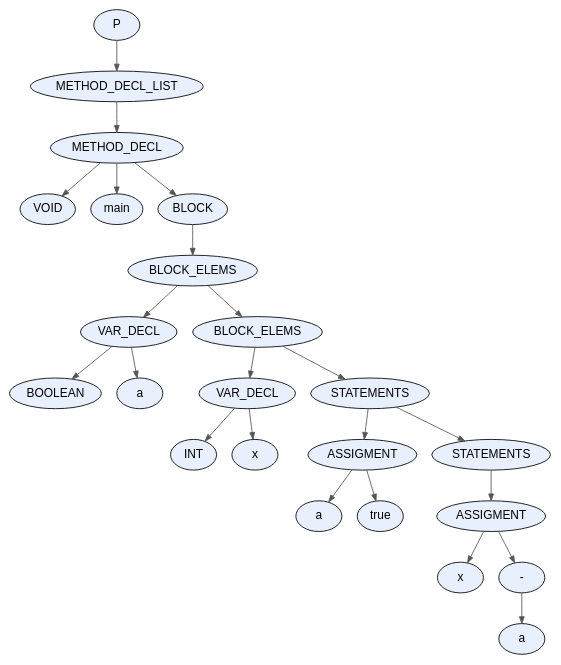
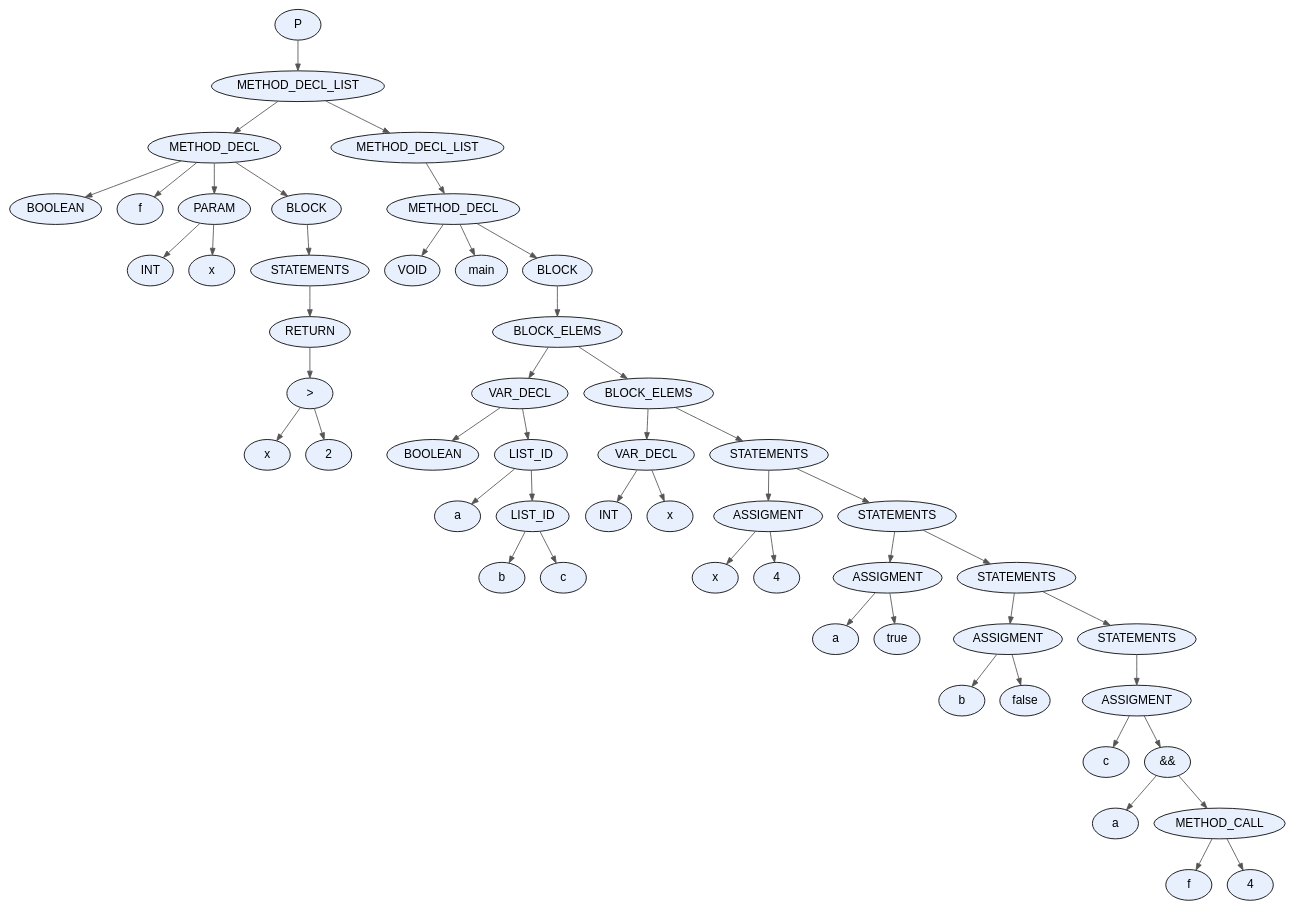
Before and after one commit to facundo-dario-loser/TDS2026: the diagram in proyecto/dot_files/test37.dot, drawn with Graphviz. The commit also changed 12 other files, not shown here.

```diff
--- a/proyecto/dot_files/test37.dot
+++ b/proyecto/dot_files/test37.dot
@@ -1,49 +1,105 @@
 digraph AST {
   node [fontname="Arial"];
   edge [arrowsize=0.8, color="#555555"];
-  "node_0x5d618c174180" [label="P", style=filled, fillcolor="#E8F0FE", shape=ellipse, style="rounded,filled"];
-  "node_0x5d618c174180" -> "node_0x5d618c174130";
-  "node_0x5d618c174130" [label="METHOD_DECL_LIST", style=filled, fillcolor="#E8F0FE", shape=ellipse, style="rounded,filled"];
-  "node_0x5d618c174130" -> "node_0x5d618c1740e0";
-  "node_0x5d618c1740e0" [label="METHOD_DECL", style=filled, fillcolor="#E8F0FE", shape=ellipse, style="rounded,filled"];
-  "node_0x5d618c1740e0" -> "node_0x5d618c174020";
-  "node_0x5d618c174020" [label="VOID", style=filled, fillcolor="#E8F0FE", shape=ellipse, style="rounded,filled"];
-  "node_0x5d618c1740e0" -> "node_0x5d618c174070";
-  "node_0x5d618c174070" [label="main", style=filled, fillcolor="#E8F0FE", shape=ellipse, style="rounded,filled"];
-  "node_0x5d618c1740e0" -> "node_0x5d618c173fd0";
-  "node_0x5d618c173fd0" [label="BLOCK", style=filled, fillcolor="#E8F0FE", shape=ellipse, style="rounded,filled"];
-  "node_0x5d618c173fd0" -> "node_0x5d618c173f80";
-  "node_0x5d618c173f80" [label="BLOCK_ELEMS", style=filled, fillcolor="#E8F0FE", shape=ellipse, style="rounded,filled"];
-  "node_0x5d618c173f80" -> "node_0x5d618c173a20";
-  "node_0x5d618c173a20" [label="VAR_DECL", style=filled, fillcolor="#E8F0FE", shape=ellipse, style="rounded,filled"];
-  "node_0x5d618c173a20" -> "node_0x5d618c173940";
-  "node_0x5d618c173940" [label="BOOLEAN", style=filled, fillcolor="#E8F0FE", shape=ellipse, style="rounded,filled"];
-  "node_0x5d618c173a20" -> "node_0x5d618c1739b0";
-  "node_0x5d618c1739b0" [label="a", style=filled, fillcolor="#E8F0FE", shape=ellipse, style="rounded,filled"];
-  "node_0x5d618c173f80" -> "node_0x5d618c173f30";
-  "node_0x5d618c173f30" [label="BLOCK_ELEMS", style=filled, fillcolor="#E8F0FE", shape=ellipse, style="rounded,filled"];
-  "node_0x5d618c173f30" -> "node_0x5d618c173b50";
-  "node_0x5d618c173b50" [label="VAR_DECL", style=filled, fillcolor="#E8F0FE", shape=ellipse, style="rounded,filled"];
-  "node_0x5d618c173b50" -> "node_0x5d618c173a70";
-  "node_0x5d618c173a70" [label="INT", style=filled, fillcolor="#E8F0FE", shape=ellipse, style="rounded,filled"];
-  "node_0x5d618c173b50" -> "node_0x5d618c173ae0";
-  "node_0x5d618c173ae0" [label="x", style=filled, fillcolor="#E8F0FE", shape=ellipse, style="rounded,filled"];
-  "node_0x5d618c173f30" -> "node_0x5d618c173ee0";
-  "node_0x5d618c173ee0" [label="STATEMENTS", style=filled, fillcolor="#E8F0FE", shape=ellipse, style="rounded,filled"];
-  "node_0x5d618c173ee0" -> "node_0x5d618c173c80";
-  "node_0x5d618c173c80" [label="ASSIGMENT", style=filled, fillcolor="#E8F0FE", shape=ellipse, style="rounded,filled"];
-  "node_0x5d618c173c80" -> "node_0x5d618c173c10";
-  "node_0x5d618c173c10" [label="a", style=filled, fillcolor="#E8F0FE", shape=ellipse, style="rounded,filled"];
-  "node_0x5d618c173c80" -> "node_0x5d618c173bc0";
-  "node_0x5d618c173bc0" [label="true", style=filled, fillcolor="#E8F0FE", shape=ellipse, style="rounded,filled"];
-  "node_0x5d618c173ee0" -> "node_0x5d618c173e90";
-  "node_0x5d618c173e90" [label="STATEMENTS", style=filled, fillcolor="#E8F0FE", shape=ellipse, style="rounded,filled"];
-  "node_0x5d618c173e90" -> "node_0x5d618c173e40";
-  "node_0x5d618c173e40" [label="ASSIGMENT", style=filled, fillcolor="#E8F0FE", shape=ellipse, style="rounded,filled"];
-  "node_0x5d618c173e40" -> "node_0x5d618c173dd0";
-  "node_0x5d618c173dd0" [label="x", style=filled, fillcolor="#E8F0FE", shape=ellipse, style="rounded,filled"];
-  "node_0x5d618c173e40" -> "node_0x5d618c173d80";
-  "node_0x5d618c173d80" [label="-", style=filled, fillcolor="#E8F0FE", shape=ellipse, style="rounded,filled"];
-  "node_0x5d618c173d80" -> "node_0x5d618c173d10";
-  "node_0x5d618c173d10" [label="a", style=filled, fillcolor="#E8F0FE", shape=ellipse, style="rounded,filled"];
+  "node_0x577ae211dc40" [label="P", style=filled, fillcolor="#E8F0FE", shape=ellipse, style="rounded,filled"];
+  "node_0x577ae211dc40" -> "node_0x577ae211dbf0";
+  "node_0x577ae211dbf0" [label="METHOD_DECL_LIST", style=filled, fillcolor="#E8F0FE", shape=ellipse, style="rounded,filled"];
+  "node_0x577ae211dbf0" -> "node_0x577ae211cd50";
+  "node_0x577ae211cd50" [label="METHOD_DECL", style=filled, fillcolor="#E8F0FE", shape=ellipse, style="rounded,filled"];
+  "node_0x577ae211cd50" -> "node_0x577ae211c920";
+  "node_0x577ae211c920" [label="BOOLEAN", style=filled, fillcolor="#E8F0FE", shape=ellipse, style="rounded,filled"];
+  "node_0x577ae211cd50" -> "node_0x577ae211cce0";
+  "node_0x577ae211cce0" [label="f", style=filled, fillcolor="#E8F0FE", shape=ellipse, style="rounded,filled"];
+  "node_0x577ae211cd50" -> "node_0x577ae211ca70";
+  "node_0x577ae211ca70" [label="PARAM", style=filled, fillcolor="#E8F0FE", shape=ellipse, style="rounded,filled"];
+  "node_0x577ae211ca70" -> "node_0x577ae211c990";
+  "node_0x577ae211c990" [label="INT", style=filled, fillcolor="#E8F0FE", shape=ellipse, style="rounded,filled"];
+  "node_0x577ae211ca70" -> "node_0x577ae211ca00";
+  "node_0x577ae211ca00" [label="x", style=filled, fillcolor="#E8F0FE", shape=ellipse, style="rounded,filled"];
+  "node_0x577ae211cd50" -> "node_0x577ae211cc90";
+  "node_0x577ae211cc90" [label="BLOCK", style=filled, fillcolor="#E8F0FE", shape=ellipse, style="rounded,filled"];
+  "node_0x577ae211cc90" -> "node_0x577ae211cc40";
+  "node_0x577ae211cc40" [label="STATEMENTS", style=filled, fillcolor="#E8F0FE", shape=ellipse, style="rounded,filled"];
+  "node_0x577ae211cc40" -> "node_0x577ae211cbf0";
+  "node_0x577ae211cbf0" [label="RETURN", style=filled, fillcolor="#E8F0FE", shape=ellipse, style="rounded,filled"];
+  "node_0x577ae211cbf0" -> "node_0x577ae211cba0";
+  "node_0x577ae211cba0" [label=">", style=filled, fillcolor="#E8F0FE", shape=ellipse, style="rounded,filled"];
+  "node_0x577ae211cba0" -> "node_0x577ae211cae0";
+  "node_0x577ae211cae0" [label="x", style=filled, fillcolor="#E8F0FE", shape=ellipse, style="rounded,filled"];
+  "node_0x577ae211cba0" -> "node_0x577ae211cb50";
+  "node_0x577ae211cb50" [label="2", style=filled, fillcolor="#E8F0FE", shape=ellipse, style="rounded,filled"];
+  "node_0x577ae211dbf0" -> "node_0x577ae211dba0";
+  "node_0x577ae211dba0" [label="METHOD_DECL_LIST", style=filled, fillcolor="#E8F0FE", shape=ellipse, style="rounded,filled"];
+  "node_0x577ae211dba0" -> "node_0x577ae211db50";
+  "node_0x577ae211db50" [label="METHOD_DECL", style=filled, fillcolor="#E8F0FE", shape=ellipse, style="rounded,filled"];
+  "node_0x577ae211db50" -> "node_0x577ae211da90";
+  "node_0x577ae211da90" [label="VOID", style=filled, fillcolor="#E8F0FE", shape=ellipse, style="rounded,filled"];
+  "node_0x577ae211db50" -> "node_0x577ae211dae0";
+  "node_0x577ae211dae0" [label="main", style=filled, fillcolor="#E8F0FE", shape=ellipse, style="rounded,filled"];
+  "node_0x577ae211db50" -> "node_0x577ae211da40";
+  "node_0x577ae211da40" [label="BLOCK", style=filled, fillcolor="#E8F0FE", shape=ellipse, style="rounded,filled"];
+  "node_0x577ae211da40" -> "node_0x577ae211d9f0";
+  "node_0x577ae211d9f0" [label="BLOCK_ELEMS", style=filled, fillcolor="#E8F0FE", shape=ellipse, style="rounded,filled"];
+  "node_0x577ae211d9f0" -> "node_0x577ae211d060";
+  "node_0x577ae211d060" [label="VAR_DECL", style=filled, fillcolor="#E8F0FE", shape=ellipse, style="rounded,filled"];
+  "node_0x577ae211d060" -> "node_0x577ae211cdc0";
+  "node_0x577ae211cdc0" [label="BOOLEAN", style=filled, fillcolor="#E8F0FE", shape=ellipse, style="rounded,filled"];
+  "node_0x577ae211d060" -> "node_0x577ae211d010";
+  "node_0x577ae211d010" [label="LIST_ID", style=filled, fillcolor="#E8F0FE", shape=ellipse, style="rounded,filled"];
+  "node_0x577ae211d010" -> "node_0x577ae211cfa0";
+  "node_0x577ae211cfa0" [label="a", style=filled, fillcolor="#E8F0FE", shape=ellipse, style="rounded,filled"];
+  "node_0x577ae211d010" -> "node_0x577ae211cf50";
+  "node_0x577ae211cf50" [label="LIST_ID", style=filled, fillcolor="#E8F0FE", shape=ellipse, style="rounded,filled"];
+  "node_0x577ae211cf50" -> "node_0x577ae211cee0";
+  "node_0x577ae211cee0" [label="b", style=filled, fillcolor="#E8F0FE", shape=ellipse, style="rounded,filled"];
+  "node_0x577ae211cf50" -> "node_0x577ae211ce70";
+  "node_0x577ae211ce70" [label="c", style=filled, fillcolor="#E8F0FE", shape=ellipse, style="rounded,filled"];
+  "node_0x577ae211d9f0" -> "node_0x577ae211d9a0";
+  "node_0x577ae211d9a0" [label="BLOCK_ELEMS", style=filled, fillcolor="#E8F0FE", shape=ellipse, style="rounded,filled"];
+  "node_0x577ae211d9a0" -> "node_0x577ae211d190";
+  "node_0x577ae211d190" [label="VAR_DECL", style=filled, fillcolor="#E8F0FE", shape=ellipse, style="rounded,filled"];
+  "node_0x577ae211d190" -> "node_0x577ae211d0b0";
+  "node_0x577ae211d0b0" [label="INT", style=filled, fillcolor="#E8F0FE", shape=ellipse, style="rounded,filled"];
+  "node_0x577ae211d190" -> "node_0x577ae211d120";
+  "node_0x577ae211d120" [label="x", style=filled, fillcolor="#E8F0FE", shape=ellipse, style="rounded,filled"];
+  "node_0x577ae211d9a0" -> "node_0x577ae211d950";
+  "node_0x577ae211d950" [label="STATEMENTS", style=filled, fillcolor="#E8F0FE", shape=ellipse, style="rounded,filled"];
+  "node_0x577ae211d950" -> "node_0x577ae211d2c0";
+  "node_0x577ae211d2c0" [label="ASSIGMENT", style=filled, fillcolor="#E8F0FE", shape=ellipse, style="rounded,filled"];
+  "node_0x577ae211d2c0" -> "node_0x577ae211d250";
+  "node_0x577ae211d250" [label="x", style=filled, fillcolor="#E8F0FE", shape=ellipse, style="rounded,filled"];
+  "node_0x577ae211d2c0" -> "node_0x577ae211d200";
+  "node_0x577ae211d200" [label="4", style=filled, fillcolor="#E8F0FE", shape=ellipse, style="rounded,filled"];
+  "node_0x577ae211d950" -> "node_0x577ae211d900";
+  "node_0x577ae211d900" [label="STATEMENTS", style=filled, fillcolor="#E8F0FE", shape=ellipse, style="rounded,filled"];
+  "node_0x577ae211d900" -> "node_0x577ae211d3f0";
+  "node_0x577ae211d3f0" [label="ASSIGMENT", style=filled, fillcolor="#E8F0FE", shape=ellipse, style="rounded,filled"];
+  "node_0x577ae211d3f0" -> "node_0x577ae211d380";
+  "node_0x577ae211d380" [label="a", style=filled, fillcolor="#E8F0FE", shape=ellipse, style="rounded,filled"];
+  "node_0x577ae211d3f0" -> "node_0x577ae211d330";
+  "node_0x577ae211d330" [label="true", style=filled, fillcolor="#E8F0FE", shape=ellipse, style="rounded,filled"];
+  "node_0x577ae211d900" -> "node_0x577ae211d8b0";
+  "node_0x577ae211d8b0" [label="STATEMENTS", style=filled, fillcolor="#E8F0FE", shape=ellipse, style="rounded,filled"];
+  "node_0x577ae211d8b0" -> "node_0x577ae211d520";
+  "node_0x577ae211d520" [label="ASSIGMENT", style=filled, fillcolor="#E8F0FE", shape=ellipse, style="rounded,filled"];
+  "node_0x577ae211d520" -> "node_0x577ae211d4b0";
+  "node_0x577ae211d4b0" [label="b", style=filled, fillcolor="#E8F0FE", shape=ellipse, style="rounded,filled"];
+  "node_0x577ae211d520" -> "node_0x577ae211d460";
+  "node_0x577ae211d460" [label="false", style=filled, fillcolor="#E8F0FE", shape=ellipse, style="rounded,filled"];
+  "node_0x577ae211d8b0" -> "node_0x577ae211d860";
+  "node_0x577ae211d860" [label="STATEMENTS", style=filled, fillcolor="#E8F0FE", shape=ellipse, style="rounded,filled"];
+  "node_0x577ae211d860" -> "node_0x577ae211d810";
+  "node_0x577ae211d810" [label="ASSIGMENT", style=filled, fillcolor="#E8F0FE", shape=ellipse, style="rounded,filled"];
+  "node_0x577ae211d810" -> "node_0x577ae211d7a0";
+  "node_0x577ae211d7a0" [label="c", style=filled, fillcolor="#E8F0FE", shape=ellipse, style="rounded,filled"];
+  "node_0x577ae211d810" -> "node_0x577ae211d750";
+  "node_0x577ae211d750" [label="&&", style=filled, fillcolor="#E8F0FE", shape=ellipse, style="rounded,filled"];
+  "node_0x577ae211d750" -> "node_0x577ae211d5b0";
+  "node_0x577ae211d5b0" [label="a", style=filled, fillcolor="#E8F0FE", shape=ellipse, style="rounded,filled"];
+  "node_0x577ae211d750" -> "node_0x577ae211d700";
+  "node_0x577ae211d700" [label="METHOD_CALL", style=filled, fillcolor="#E8F0FE", shape=ellipse, style="rounded,filled"];
+  "node_0x577ae211d700" -> "node_0x577ae211d690";
+  "node_0x577ae211d690" [label="f", style=filled, fillcolor="#E8F0FE", shape=ellipse, style="rounded,filled"];
+  "node_0x577ae211d700" -> "node_0x577ae211d640";
+  "node_0x577ae211d640" [label="4", style=filled, fillcolor="#E8F0FE", shape=ellipse, style="rounded,filled"];
 }
```
